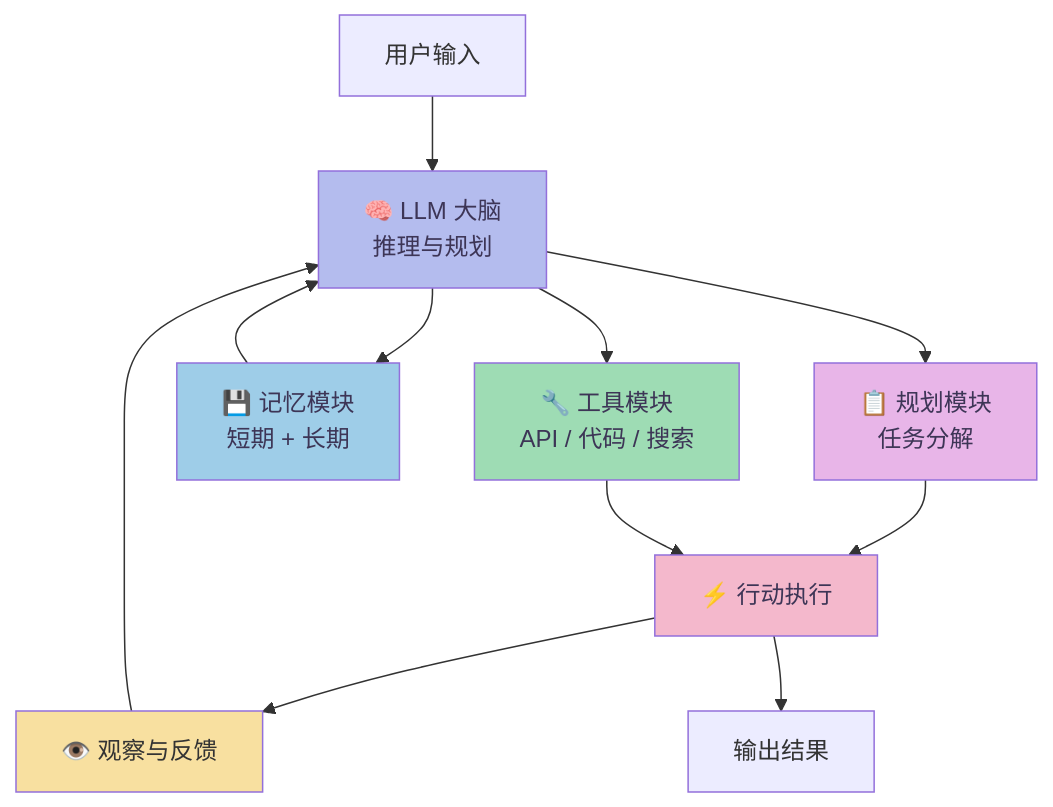
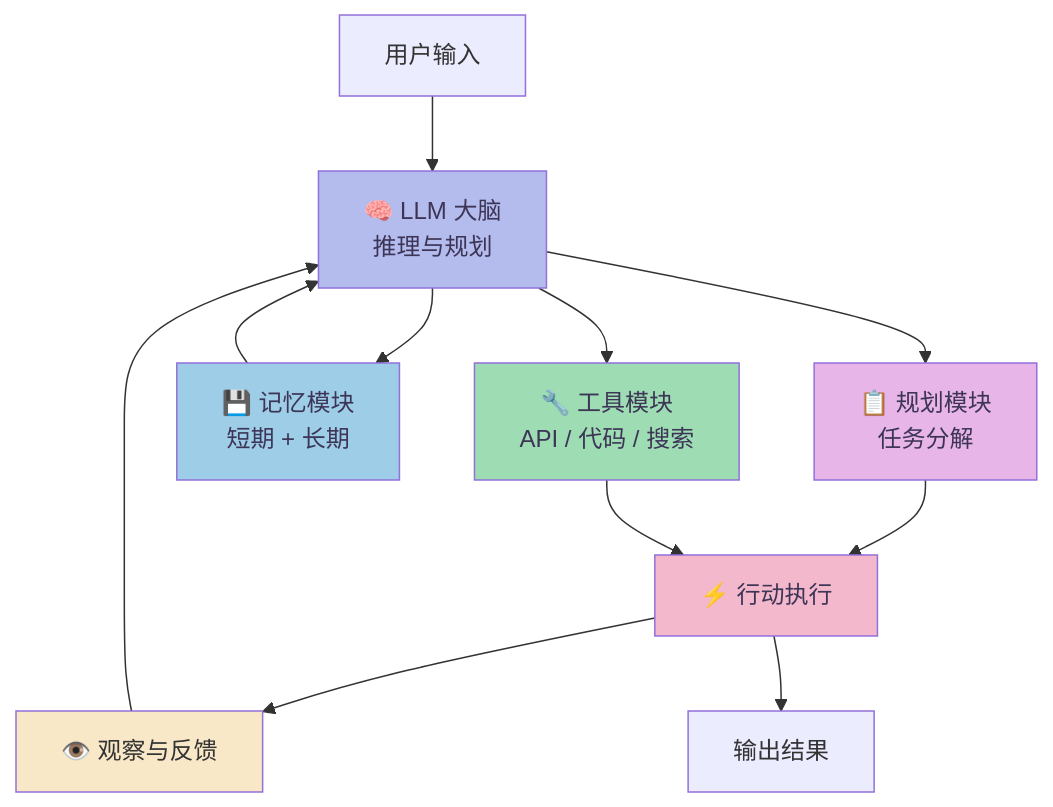
The fifth of 12 diagrams in _posts/2026-04-15-ai-agent.md (caoping0623/caoping0623.github.io), drawn with Mermaid before and after one commit.

Commit message:
fix: harmonize Obs node color to match pastel theme (#f8e8c8)
Agent-Logs-Url: https://github.com/caoping0623/caoping0623.github.io/sessions/1c9b770b-f728-4524-8a55-d13d3019e683

```diff
--- a/_posts/2026-04-15-ai-agent.md
+++ b/_posts/2026-04-15-ai-agent.md
@@ -158,20 +158,20 @@
 <div class="mermaid">
 graph TB
     User[用户输入] --> Brain[🧠 LLM 大脑<br/>推理与规划]
     Brain --> Plan[📋 规划模块<br/>任务分解]
     Brain --> Mem[💾 记忆模块<br/>短期 + 长期]
     Brain --> Tool[🔧 工具模块<br/>API / 代码 / 搜索]
     Plan --> Act[⚡ 行动执行]
     Mem --> Brain
     Tool --> Act
     Act --> Obs[👁️ 观察与反馈]
     Obs --> Brain
     Act --> Output[输出结果]
 
     style Brain fill:#b4bcee,color:#3d3556
     style Plan fill:#e8b5e8,color:#3d3556
     style Mem fill:#9ecde8,color:#3d3556
     style Tool fill:#9edcb4,color:#3d3556
     style Act fill:#f4b8cc,color:#3d3556
-    style Obs fill:#f8e0a0
+    style Obs fill:#f8e8c8
 </div>
```
